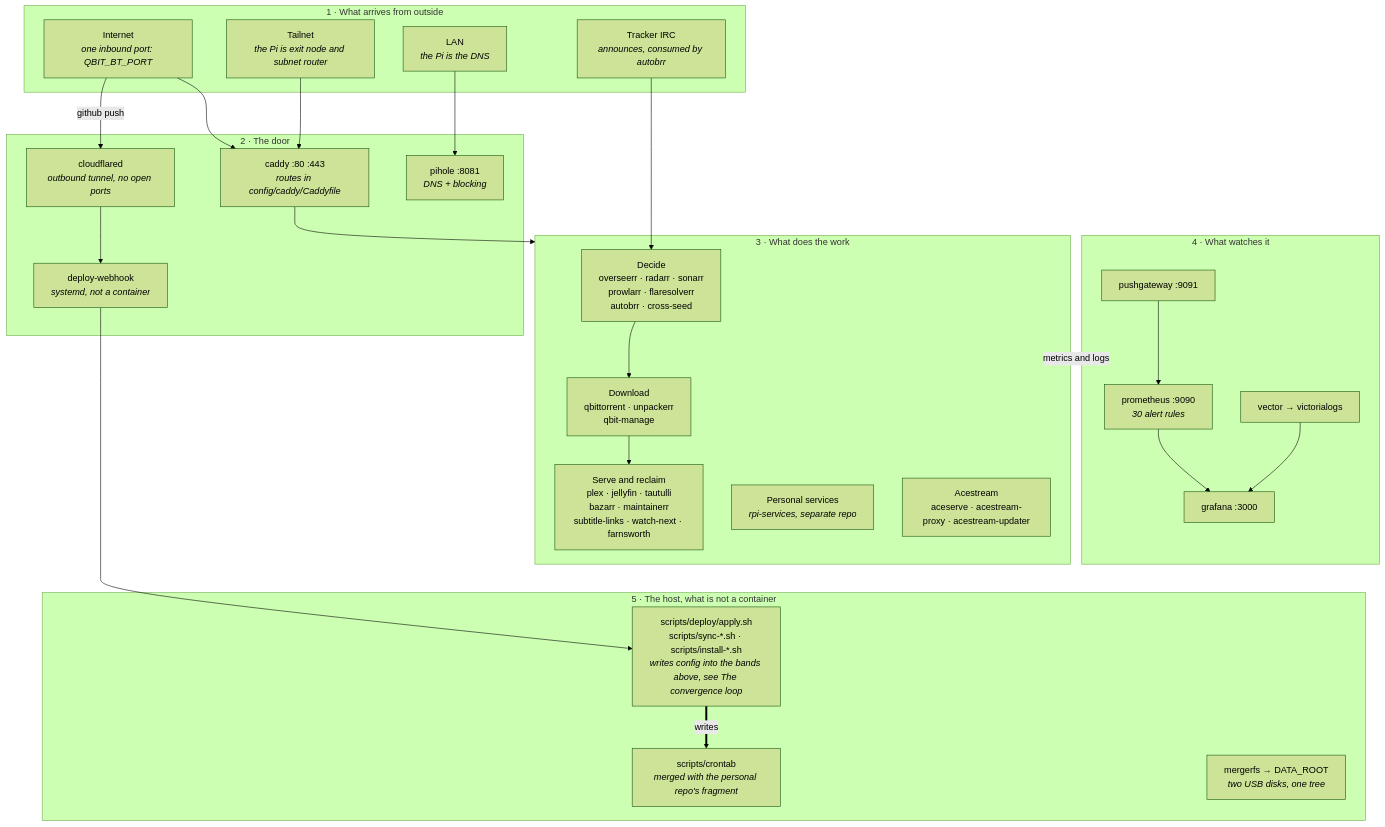
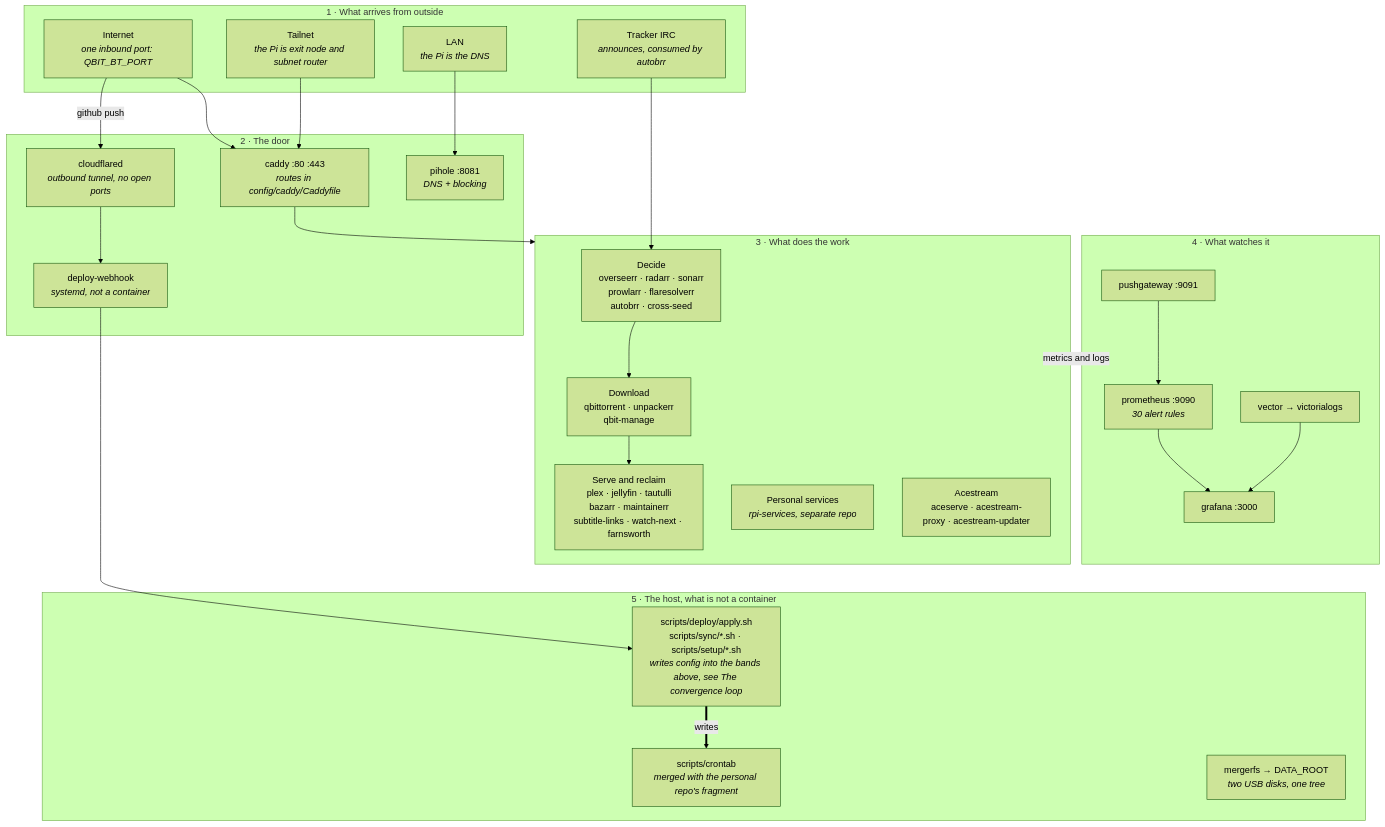
The first of 8 diagrams in docs/architecture.md (PlatanosVerdes/rpi-homeserver), drawn with Mermaid (forest theme) before and after one commit. The commit also changed other lines of this file and 37 other files, not shown here.

````diff
--- a/docs/architecture.md
+++ b/docs/architecture.md
@@ -14,54 +14,54 @@
 ```mermaid
 flowchart TB
   subgraph OUT["1 · What arrives from outside"]
     NET["Internet<br/><i>one inbound port: QBIT_BT_PORT</i>"]
     TS["Tailnet<br/><i>the Pi is exit node and subnet router</i>"]
     LAN["LAN<br/><i>the Pi is the DNS</i>"]
     IRC["Tracker IRC<br/><i>announces, consumed by autobrr</i>"]
   end
 
   subgraph DOOR["2 · The door"]
     CADDY["caddy :80 :443<br/><i>routes in config/caddy/Caddyfile</i>"]
     CFD["cloudflared<br/><i>outbound tunnel, no open ports</i>"]
     PIHOLE["pihole :8081<br/><i>DNS + blocking</i>"]
     HOOK["deploy-webhook<br/><i>systemd, not a container</i>"]
   end
 
   subgraph WORK["3 · What does the work"]
     DECIDE["Decide<br/>overseerr · radarr · sonarr<br/>prowlarr · flaresolverr<br/>autobrr · cross-seed"]
     GET["Download<br/>qbittorrent · unpackerr<br/>qbit-manage"]
     SERVE["Serve and reclaim<br/>plex · jellyfin · tautulli<br/>bazarr · maintainerr<br/>subtitle-links · watch-next · farnsworth"]
     PERS["Personal services<br/><i>rpi-services, separate repo</i>"]
     ACE["Acestream<br/>aceserve · acestream-proxy · acestream-updater"]
   end
 
   subgraph OBS["4 · What watches it"]
     PROM["prometheus :9090<br/><i>30 alert rules</i>"]
     GRAF["grafana :3000"]
     PUSH["pushgateway :9091"]
     LOGS["vector → victorialogs"]
   end
 
   subgraph HOST["5 · The host, what is not a container"]
-    APPLY["scripts/deploy/apply.sh<br/>scripts/sync-*.sh · scripts/install-*.sh<br/><i>writes config into the bands above, see The convergence loop</i>"]
+    APPLY["scripts/deploy/apply.sh<br/>scripts/sync/*.sh · scripts/setup/*.sh<br/><i>writes config into the bands above, see The convergence loop</i>"]
     CRON["scripts/crontab<br/><i>merged with the personal repo's fragment</i>"]
     FS["mergerfs → DATA_ROOT<br/><i>two USB disks, one tree</i>"]
   end
 
   NET --> CADDY
   NET -->|github push| CFD
   TS --> CADDY
   LAN --> PIHOLE
   IRC --> DECIDE
   CFD --> HOOK
   CADDY --> WORK
   DECIDE --> GET --> SERVE
   WORK -. metrics and logs .-> OBS
   PUSH --> PROM --> GRAF
   LOGS --> GRAF
   HOOK --> APPLY
   APPLY ==>|writes| CRON
 
   %% every arrow points down, so the bands stack 1 to 5 in order
   GRAF ~~~ APPLY
 ```
````
